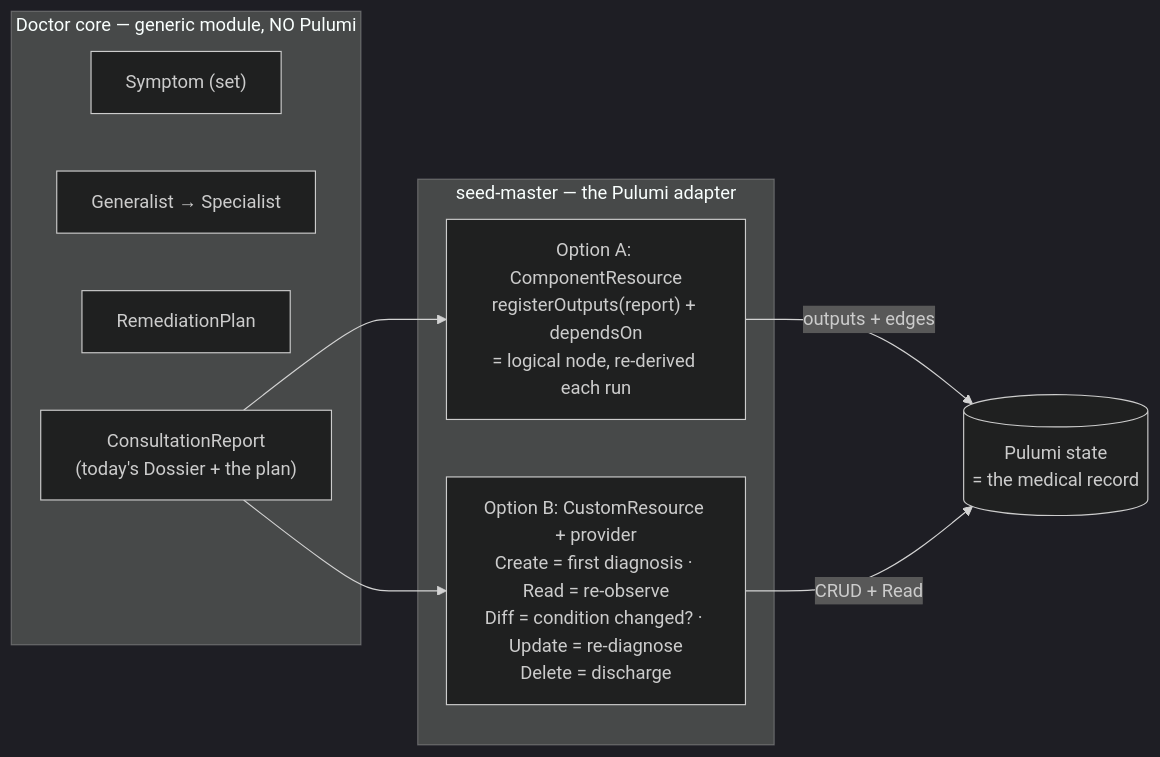
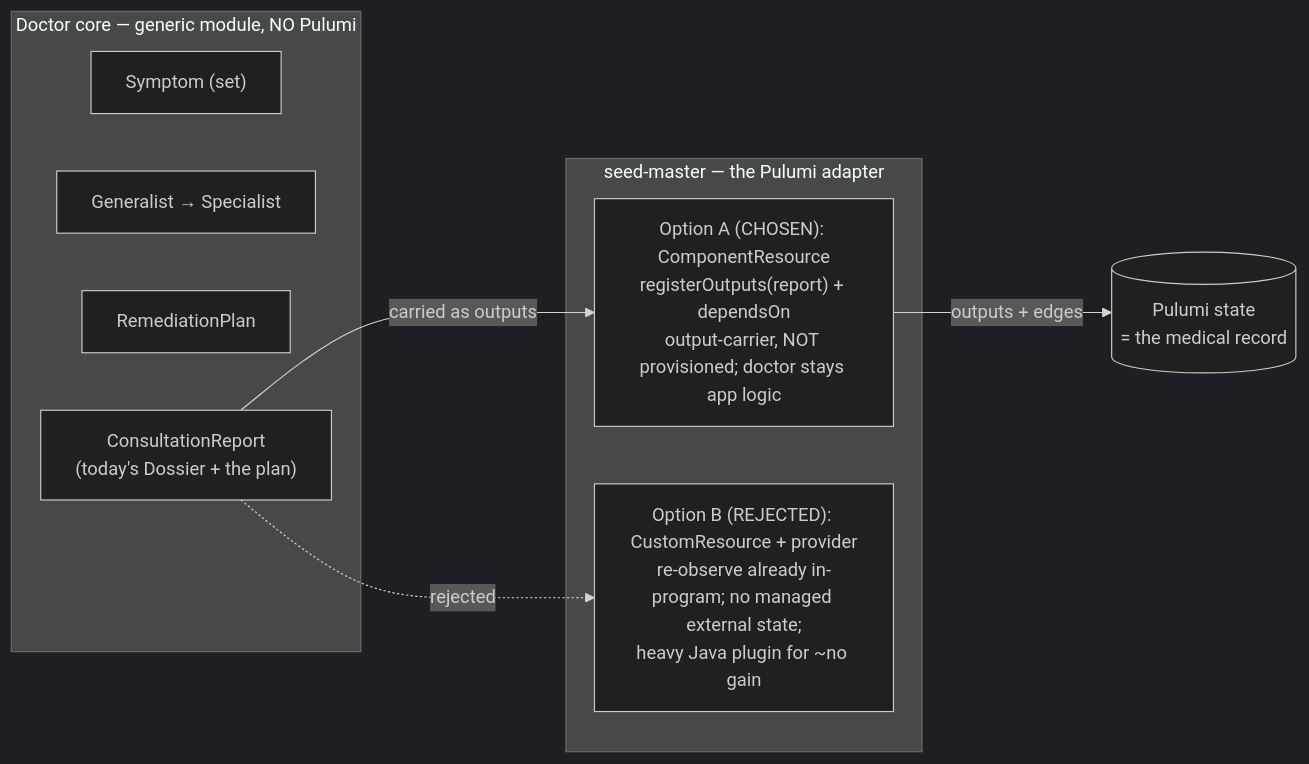
Before and after one commit to nxmatic/rke2lab: the fourth of 4 diagrams in wip/pulumi-doctor-integration.adoc, drawn with Mermaid (dark theme). The commit also changed other lines of this file and 2 other files, not shown here.

First line of the commit message:
docs(wip): resolve the Pulumi-integration fork — doctor is NOT a resource (Option A)

```diff
--- a/wip/pulumi-doctor-integration.adoc
+++ b/wip/pulumi-doctor-integration.adoc
@@ -173,22 +174,21 @@
 [mermaid]
 ----
 flowchart LR
     subgraph CORE["Doctor core — generic module, NO Pulumi"]
         SYM["Symptom (set)"]
         GEN["Generalist → Specialist"]
         PLAN["RemediationPlan"]
         REP["ConsultationReport<br/>(today's Dossier + the plan)"]
     end
 
     subgraph SEED["seed-master — the Pulumi adapter"]
-        A["Option A: ComponentResource<br/>registerOutputs(report) + dependsOn<br/>= logical node, re-derived each run"]
-        B["Option B: CustomResource + provider<br/>Create = first diagnosis · Read = re-observe<br/>Diff = condition changed? · Update = re-diagnose<br/>Delete = discharge"]
+        A["Option A (CHOSEN): ComponentResource<br/>registerOutputs(report) + dependsOn<br/>output-carrier, NOT provisioned; doctor stays app logic"]
+        B["Option B (REJECTED): CustomResource + provider<br/>re-observe already in-program; no managed external state;<br/>heavy Java plugin for ~no gain"]
     end
 
     STATE[("Pulumi state<br/>= the medical record")]
 
-    REP --> A
-    REP --> B
+    REP -->|carried as outputs| A
+    REP -. rejected .-> B
     A -->|outputs + edges| STATE
-    B -->|CRUD + Read| STATE
 ----
```
